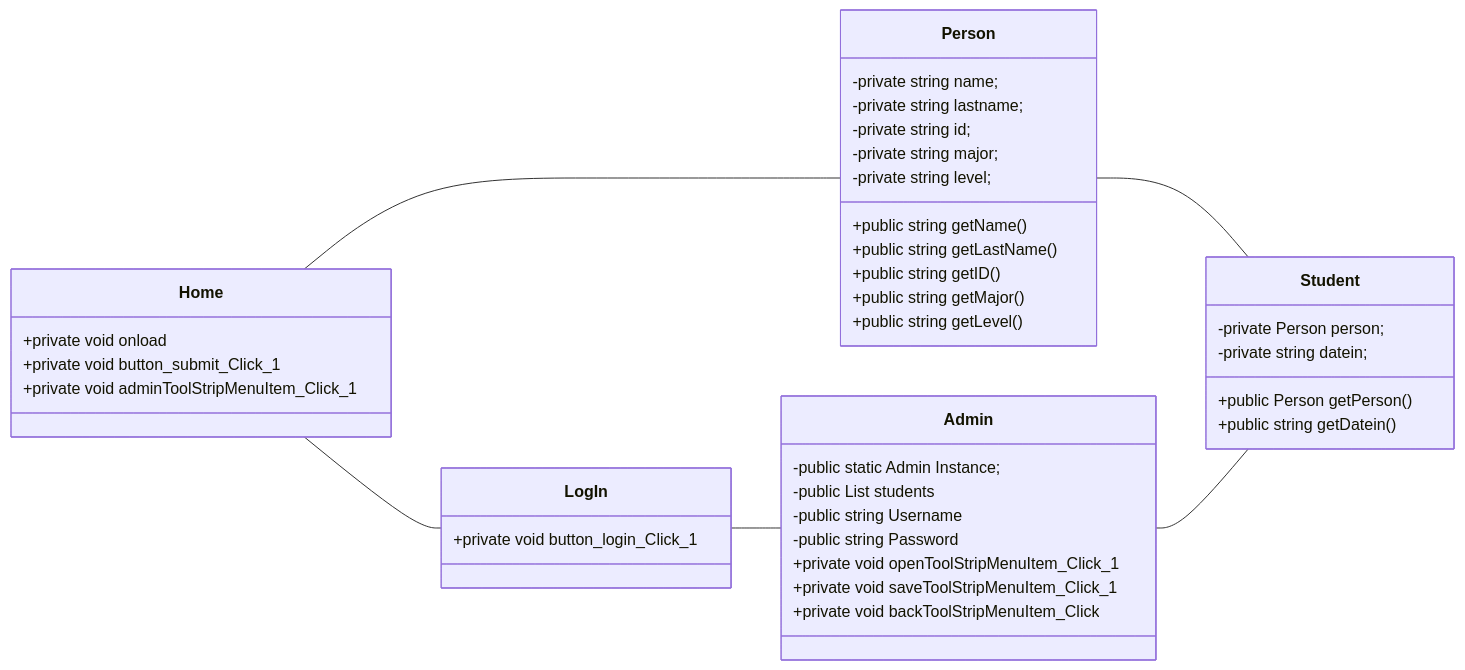
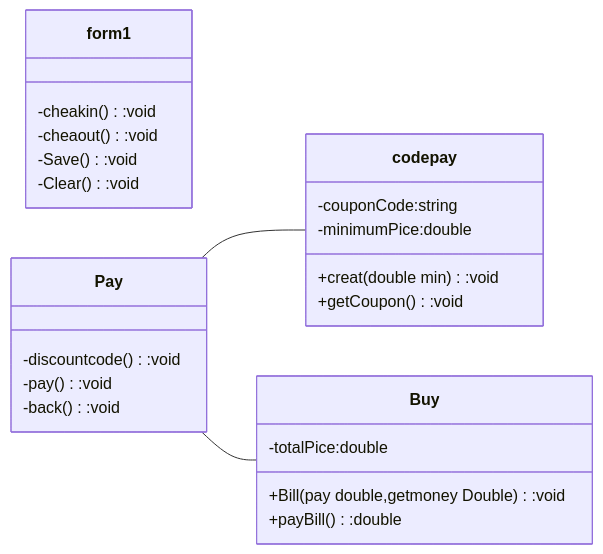
One commit to MDM007MDM/FP changed the diagram in ProjectRoom-main/README.md. Above: the diagram before and after it, drawn with Mermaid. The commit also changed other lines of this file, not shown here.

````diff
--- a/ProjectRoom-main/README.md
+++ b/ProjectRoom-main/README.md
@@ -10,45 +13,29 @@
-```Mermaid
+ ```mermaid
 classDiagram
   direction LR
-  class Home{
-  +private void onload 
-  +private void button_submit_Click_1
-  +private void adminToolStripMenuItem_Click_1
+  class form1{
+  -cheakin():void
+  -cheaout():void
+  -Save():void
+  -Clear():void
 }
-  class LogIn{
-  +private void button_login_Click_1
+  class Pay{
+  -discountcode():void
+  -pay():void
+  -back():void
   }
-  class Admin{
-  -public static Admin Instance;
-  -public List<Students> students 
-  -public string Username 
-  -public string Password 
-  +private void openToolStripMenuItem_Click_1
-  +private void saveToolStripMenuItem_Click_1
-  +private void backToolStripMenuItem_Click
+  class codepay{
+  -couponCode:string
+  -minimumPice:double
+  +creat(double min):void
+  +getCoupon():void
   }
-  class Person{
-  -private string name;
-  -private string lastname;
-  -private string id;
-  -private string major;
-  -private string level;
-  +public string getName()
-  +public string getLastName()
-  +public string getID()
-  +public string getMajor()
-  +public string getLevel()
-  }
-  class Student{
-  -private Person person;
-  -private string datein;
-  +public Person getPerson()
-  +public string getDatein()
-  }
-   Home -- LogIn
-   Home -- Person 
-   Person -- Student
-   Log In -- Admin
-   Admin -- Student
-
-```
+  class Buy{
+  -totalPice:double
+  +Bill(pay double,getmoney Double):void
+  +payBill():double
+   }
+   Pay -- codepay
+   Pay -- Buy
+   
+  ```
````
